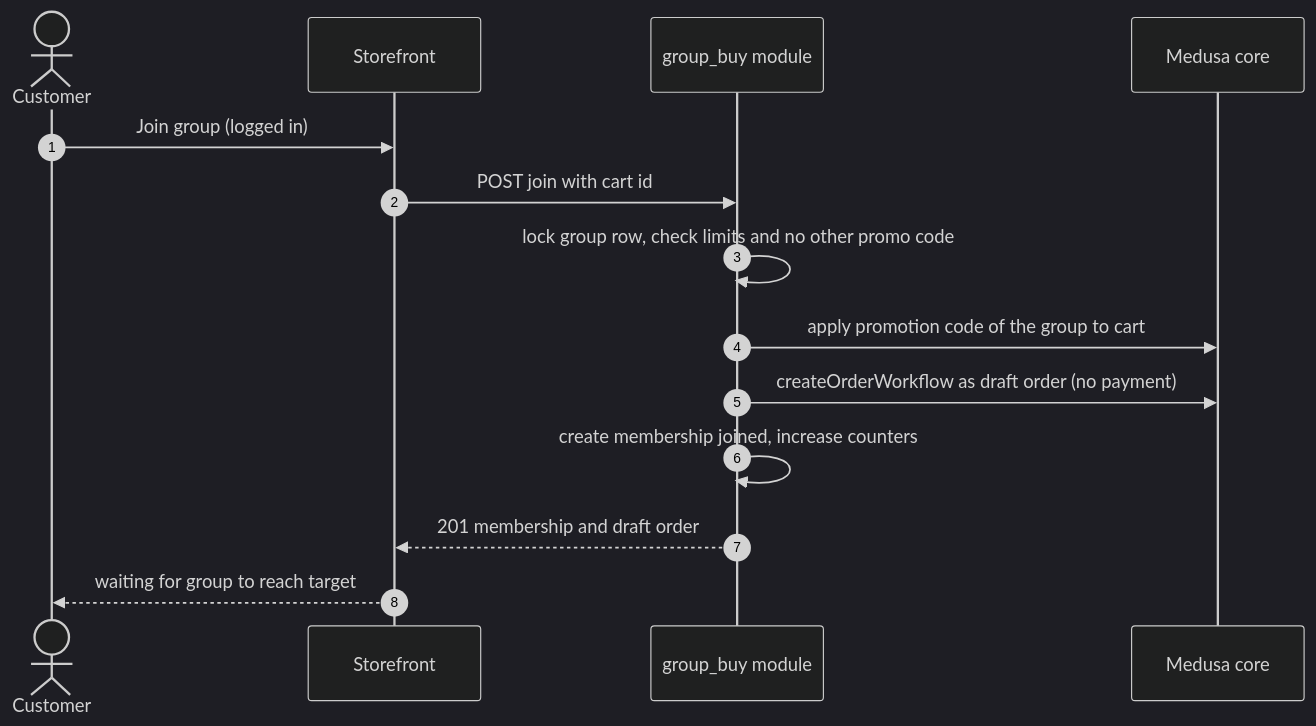
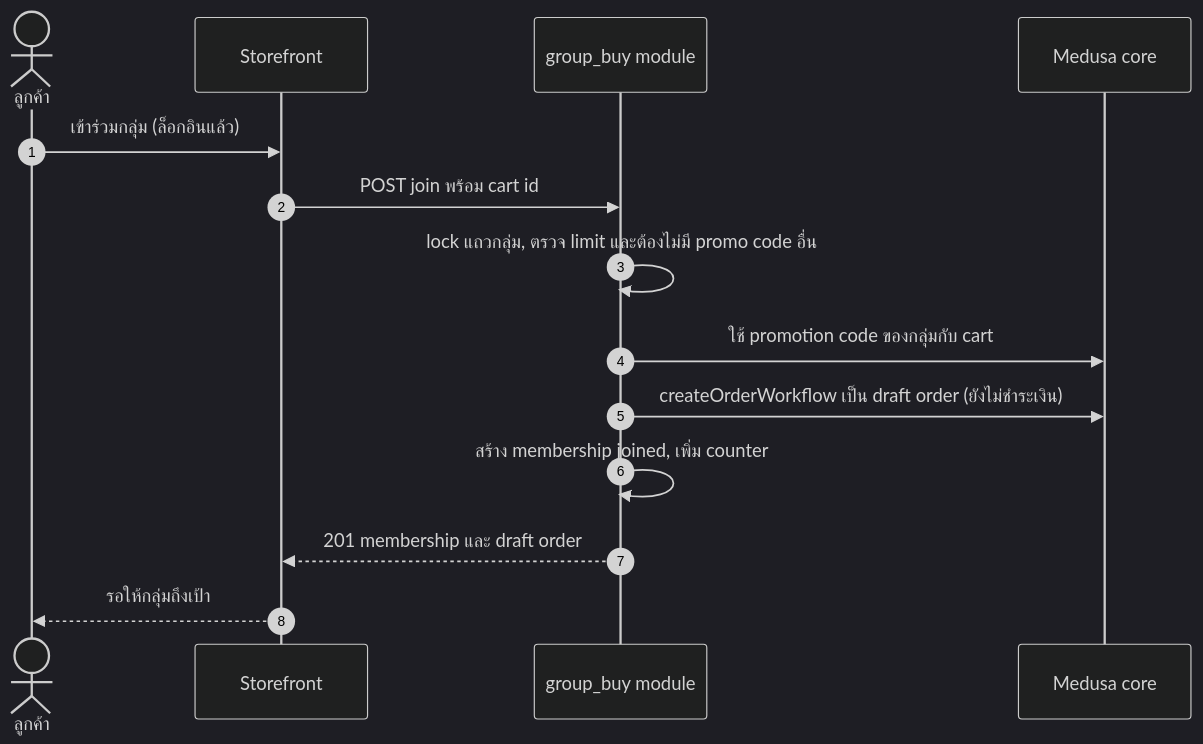
One commit to techpowerdev/medusa-ecom changed the third of 7 diagrams in docs/design/sequence-diagrams.md. Above: the diagram before and after it, drawn with Mermaid (dark theme). The commit also changed other lines of this file and 25 other files, not shown here.

````diff
--- a/docs/design/sequence-diagrams.md
+++ b/docs/design/sequence-diagrams.md
@@ -67,16 +67,16 @@
 ```mermaid
 sequenceDiagram
   autonumber
-  actor A as Customer
+  actor A as ลูกค้า
   participant SF as Storefront
   participant GB as group_buy module
   participant M as Medusa core
-  A->>SF: Join group (logged in)
-  SF->>GB: POST join with cart id
-  GB->>GB: lock group row, check limits and no other promo code
-  GB->>M: apply promotion code of the group to cart
-  GB->>M: createOrderWorkflow as draft order (no payment)
-  GB->>GB: create membership joined, increase counters
-  GB-->>SF: 201 membership and draft order
-  SF-->>A: waiting for group to reach target
+  A->>SF: เข้าร่วมกลุ่ม (ล็อกอินแล้ว)
+  SF->>GB: POST join พร้อม cart id
+  GB->>GB: lock แถวกลุ่ม, ตรวจ limit และต้องไม่มี promo code อื่น
+  GB->>M: ใช้ promotion code ของกลุ่มกับ cart
+  GB->>M: createOrderWorkflow เป็น draft order (ยังไม่ชำระเงิน)
+  GB->>GB: สร้าง membership joined, เพิ่ม counter
+  GB-->>SF: 201 membership และ draft order
+  SF-->>A: รอให้กลุ่มถึงเป้า
 ```
````
